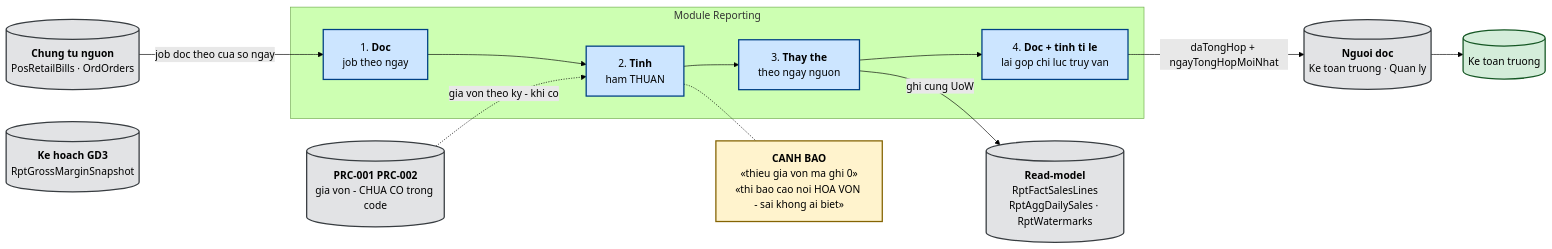
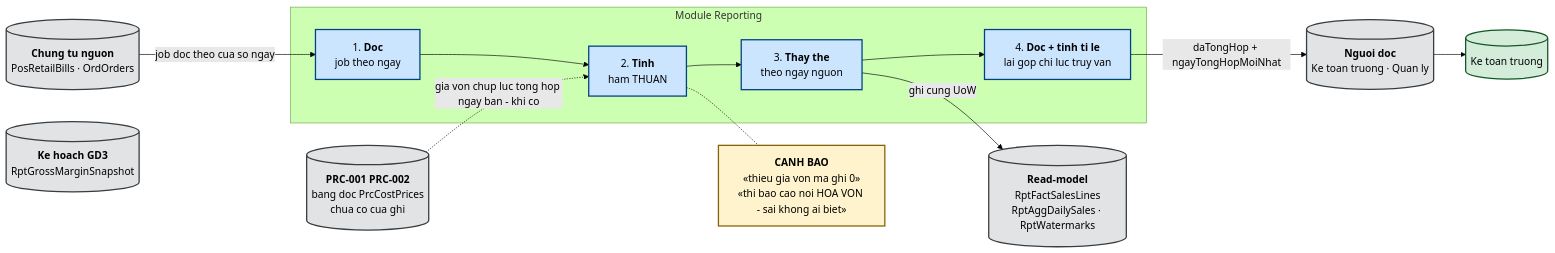
Before and after one commit to hungnt9801/eCommerce: the sixth of 7 diagrams in docs/features/reporting/rep-002-bao-cao-doanh-thu-lai-gop.md, drawn with Mermaid (forest theme). The commit also changed other lines of this file and 7 other files, not shown here.

````diff
--- a/docs/features/reporting/rep-002-bao-cao-doanh-thu-lai-gop.md
+++ b/docs/features/reporting/rep-002-bao-cao-doanh-thu-lai-gop.md
@@ -291,36 +291,36 @@
 ```mermaid
 graph LR
     classDef actor fill:#d4edda,stroke:#155724,stroke-width:2px;
     classDef process fill:#cce5ff,stroke:#004085,stroke-width:2px;
     classDef datastore fill:#e2e3e5,stroke:#383d41,stroke-width:2px;
     classDef warn fill:#fff3cd,stroke:#856404,stroke-width:2px;
 
     SRC[("<b>Chung tu nguon</b><br/>PosRetailBills · OrdOrders")]
     RM[("<b>Read-model</b><br/>RptFactSalesLines<br/>RptAggDailySales · RptWatermarks")]
     R2[("<b>Ke hoach GD3</b><br/>RptGrossMarginSnapshot")]
     OUT[("<b>Nguoi doc</b><br/>Ke toan truong · Quan ly")]
     KTT[("Ke toan truong")]
-    EXT[("<b>PRC-001 PRC-002</b><br/>gia von - CHUA CO trong code")]
+    EXT[("<b>PRC-001 PRC-002</b><br/>bang doc PrcCostPrices<br/>chua co cua ghi")]
 
     class KTT actor;
     class SRC,RM,R2,OUT,EXT datastore;
 
     subgraph R2G["Module Reporting"]
         P1["1. <b>Doc</b><br/>job theo ngay"]
         P2["2. <b>Tinh</b><br/>ham THUAN"]
         P3["3. <b>Thay the</b><br/>theo ngay nguon"]
         P4["4. <b>Doc + tinh ti le</b><br/>lai gop chi luc truy van"]
         class P1,P2,P3,P4 process;
         P1 --> P2 --> P3 --> P4
     end
 
     SRC -- "job doc theo cua so ngay" --> P1
     P3 -- "ghi cung UoW" --> RM
-    EXT -. "gia von theo ky - khi co" .-> P2
+    EXT -. "gia von chup luc tong hop ngay ban - khi co" .-> P2
     P4 -- "daTongHop + ngayTongHopMoiNhat" --> OUT
     OUT --> KTT
 
     W["<b>CANH BAO</b><br/>«thieu gia von ma ghi 0»<br/>«thi bao cao noi HOA VON - sai khong ai biet»"]
     class W warn;
     P2 -.- W
 ```
````
